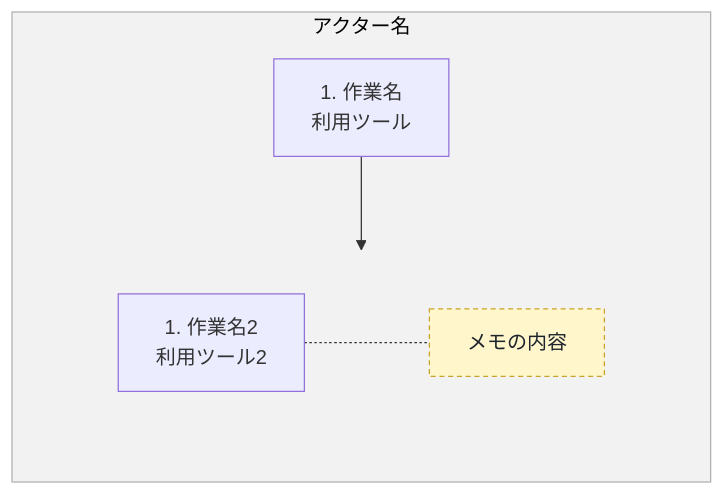
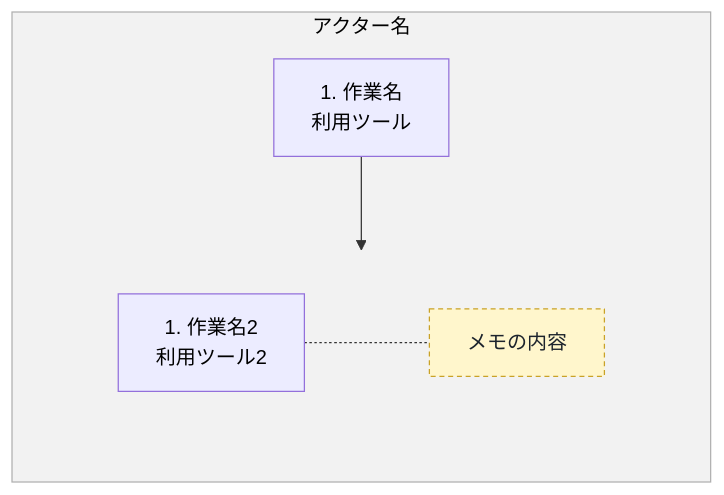
Before and after one commit to nishida2073/project_management: the diagram in 業務フロー図/template.md, drawn with Mermaid. The commit also changed other lines of this file, not shown here.

````diff
--- a/業務フロー図/template.md
+++ b/業務フロー図/template.md
@@ -30,20 +30,21 @@
 ```mermaid
 flowchart LR
     subgraph L0a["アクター名"]
         direction TB
         X["1. 作業名<br/>利用ツール"]:::アクター名
         subgraph L0a_g1[" "]
             direction LR
             Y["1. 作業名2<br/>利用ツール2"]:::アクター名
             Y -.- N1["メモの内容"]:::note
         end
         X --> L0a_g1
     end
 
+    classDef アクター名 fill:#XXXXXX,color:#000;
     classDef note fill:#fff6cc,stroke:#c9a227,stroke-dasharray:4 3,color:#1c232c;
     classDef lane fill:#f2f2f2,stroke:#b0b0b0,color:#000;
     classDef invisible fill:none,stroke:none;
 
     class L0a lane;
     class L0a_g1 invisible;
 ```
````
